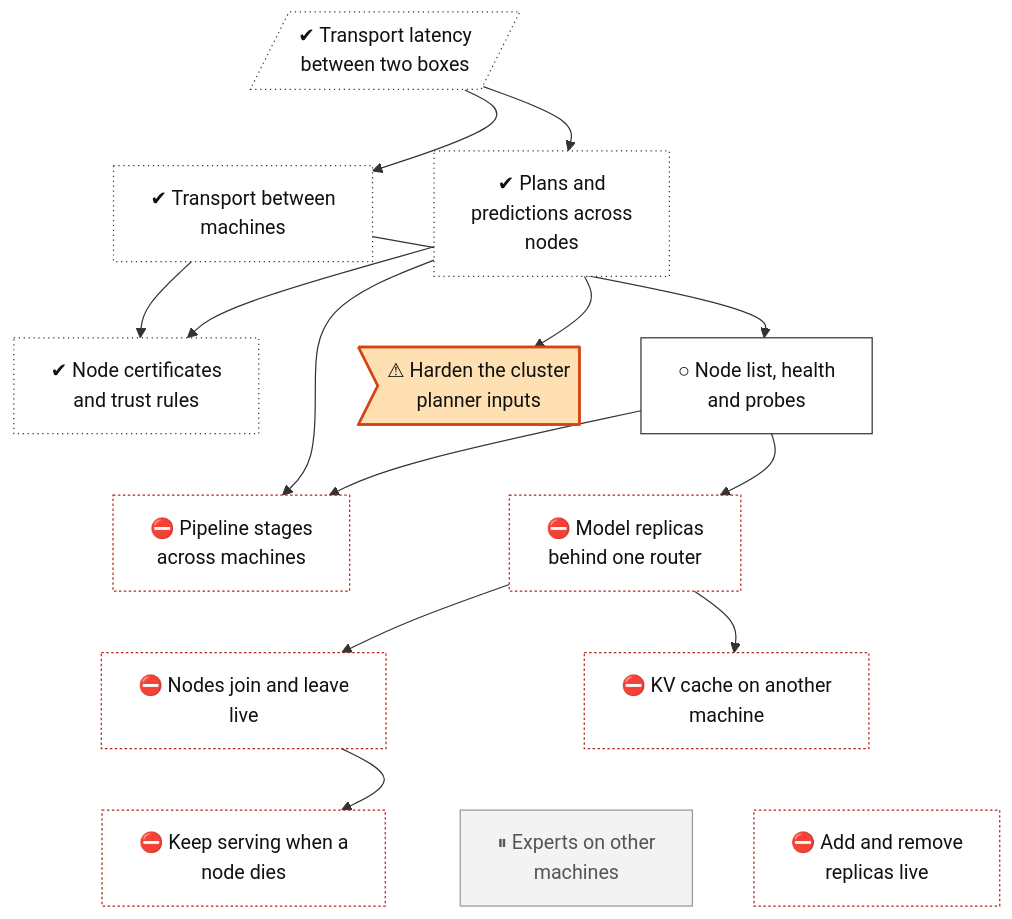
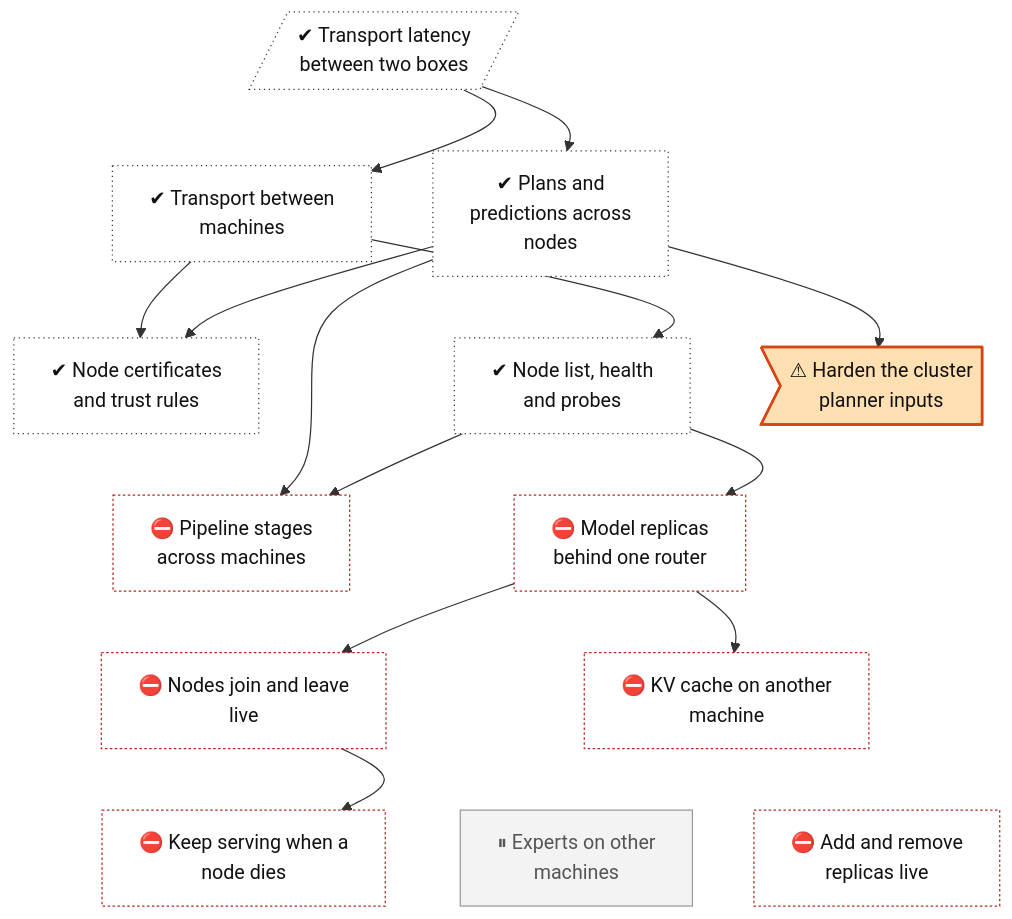
Before and after one commit to lhns/tetraeder: the diagram in docs/roadmap/tracks/cluster.md, drawn with Mermaid. The commit also changed other lines of this file and 3 other files, not shown here.

Commit message:
Tree: cluster-discovery done (CI 45305038491), Phase 6 step 3, ADR 0091; not measured

````diff
--- a/docs/roadmap/tracks/cluster.md
+++ b/docs/roadmap/tracks/cluster.md
@@ -10,60 +10,59 @@
 ```mermaid
 flowchart TB
     cluster_transport_wan[/"✔ Transport latency<br/>between two boxes"/]
     cluster_transport["✔ Transport between<br/>machines"]
     cluster_planner["✔ Plans and<br/>predictions across<br/>nodes"]
     cluster_mtls["✔ Node certificates<br/>and trust rules"]
+    cluster_discovery["✔ Node list, health<br/>and probes"]
     cluster_planner_hardening>"⚠ Harden the cluster<br/>planner inputs"]
-    cluster_discovery["○ Node list, health<br/>and probes"]
     cluster_pipeline_nodes["⛔ Pipeline stages<br/>across machines"]
     cluster_replicas["⛔ Model replicas<br/>behind one router"]
     cluster_join_leave["⛔ Nodes join and leave<br/>live"]
     cluster_remote_kv["⛔ KV cache on another<br/>machine"]
     cluster_failover["⛔ Keep serving when a<br/>node dies"]
     cluster_experts_nodes["⏸ Experts on other<br/>machines"]
     cluster_replica_scaling["⛔ Add and remove<br/>replicas live"]
     cluster_transport_wan ~~~ cluster_transport
     cluster_transport_wan ~~~ cluster_planner
     cluster_transport ~~~ cluster_mtls
+    cluster_planner ~~~ cluster_discovery
     cluster_planner ~~~ cluster_planner_hardening
-    cluster_planner ~~~ cluster_discovery
     cluster_mtls ~~~ cluster_pipeline_nodes
+    cluster_discovery ~~~ cluster_replicas
     cluster_planner_hardening ~~~ cluster_replicas
-    cluster_discovery ~~~ cluster_replicas
     cluster_pipeline_nodes ~~~ cluster_join_leave
     cluster_replicas ~~~ cluster_remote_kv
     cluster_join_leave ~~~ cluster_failover
     cluster_remote_kv ~~~ cluster_experts_nodes
     cluster_remote_kv ~~~ cluster_replica_scaling
     cluster_transport_wan --> cluster_transport
     cluster_transport_wan --> cluster_planner
     cluster_transport --> cluster_mtls
     cluster_planner --> cluster_mtls
+    cluster_transport --> cluster_discovery
     cluster_planner --> cluster_planner_hardening
-    cluster_transport --> cluster_discovery
     cluster_planner --> cluster_pipeline_nodes
     cluster_discovery --> cluster_pipeline_nodes
     cluster_discovery --> cluster_replicas
     cluster_replicas --> cluster_join_leave
     cluster_replicas --> cluster_remote_kv
     cluster_join_leave --> cluster_failover
     classDef vsucc fill:#2e9e4f,stroke:#1b6b34,color:#fff
     classDef succ fill:#bfe8c8,stroke:#2e9e4f,color:#111
     classDef mixed fill:#ffd37a,stroke:#c98a00,color:#111
     classDef bad fill:#f28b82,stroke:#b3261e,color:#111
     classDef dead fill:#e6e6e6,stroke:#777,stroke-dasharray:5 5,color:#555
     classDef inprog fill:#a8cdf5,stroke:#1f6fc5,color:#111
     classDef next fill:#fff,stroke:#333,color:#111
     classDef blocked fill:#fff,stroke:#b3261e,stroke-dasharray:2 2,color:#111
     classDef parked fill:#f3f3f3,stroke:#999,color:#555
     classDef unrated fill:#fff,stroke:#333,stroke-dasharray:1 3,color:#111
     classDef gate fill:#d9c2f0,stroke:#7b3fb5,color:#111
     classDef decided fill:#ece0f7,stroke:#7b3fb5,stroke-dasharray:2 2,color:#111
     classDef finding fill:#ffe0b2,stroke:#d84315,stroke-width:2px,color:#111
     classDef waiting fill:#e3f2fd,stroke:#1f6fc5,stroke-dasharray:5 5,color:#111
-    class cluster_transport_wan,cluster_transport,cluster_planner,cluster_mtls unrated
+    class cluster_transport_wan,cluster_transport,cluster_planner,cluster_mtls,cluster_discovery unrated
     class cluster_planner_hardening finding
-    class cluster_discovery next
     class cluster_pipeline_nodes,cluster_replicas,cluster_join_leave,cluster_remote_kv,cluster_failover,cluster_replica_scaling blocked
     class cluster_experts_nodes parked
 ```
````
